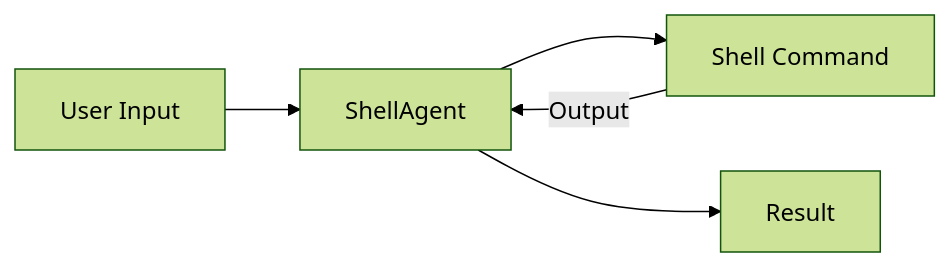
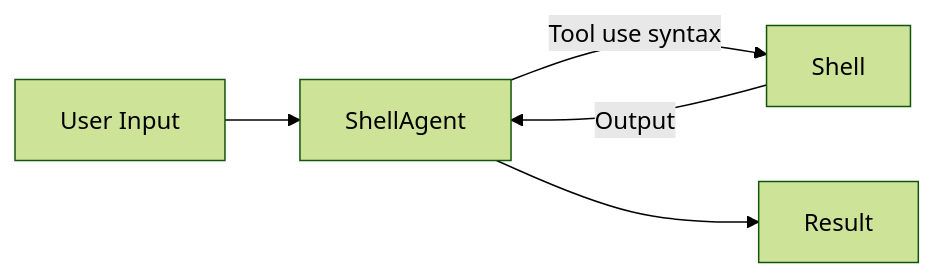
The diagram in doc/quickstart/how-cogni-works.md (BrutLogic/cogni), drawn with Mermaid (forest theme) before and after one commit. The commit also changed other lines of this file, not shown here.

Commit message:
docs: Update ShellAgent documentation with flow and implementation details

````diff
--- a/doc/quickstart/how-cogni-works.md
+++ b/doc/quickstart/how-cogni-works.md
@@ -50,7 +50,7 @@
 ```mermaid
 graph LR
     User[User Input] --> Agent[ShellAgent]
-    Agent --> Shell[Shell Command]
+    Agent -->|Tool use syntax| Shell[Shell]
     Shell -->|Output| Agent
     Agent --> Output[Result]
 ```
````
